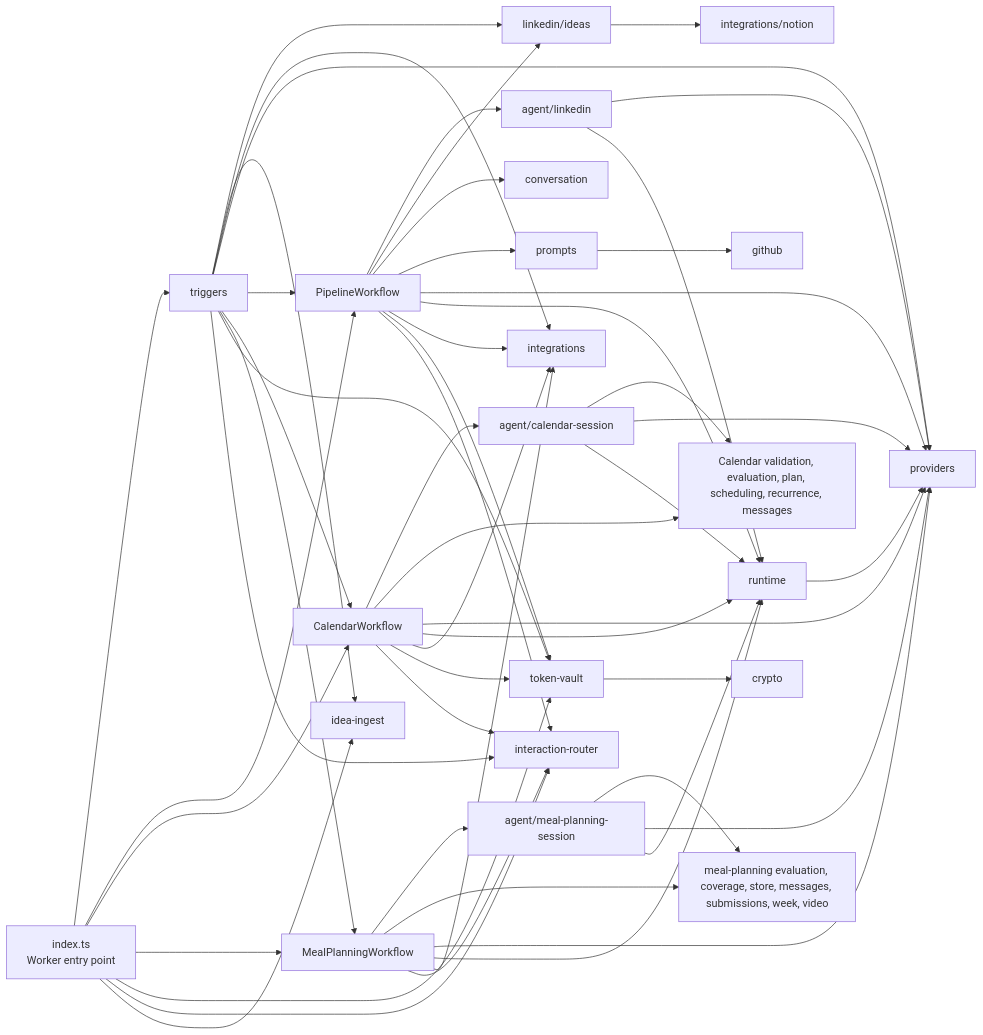
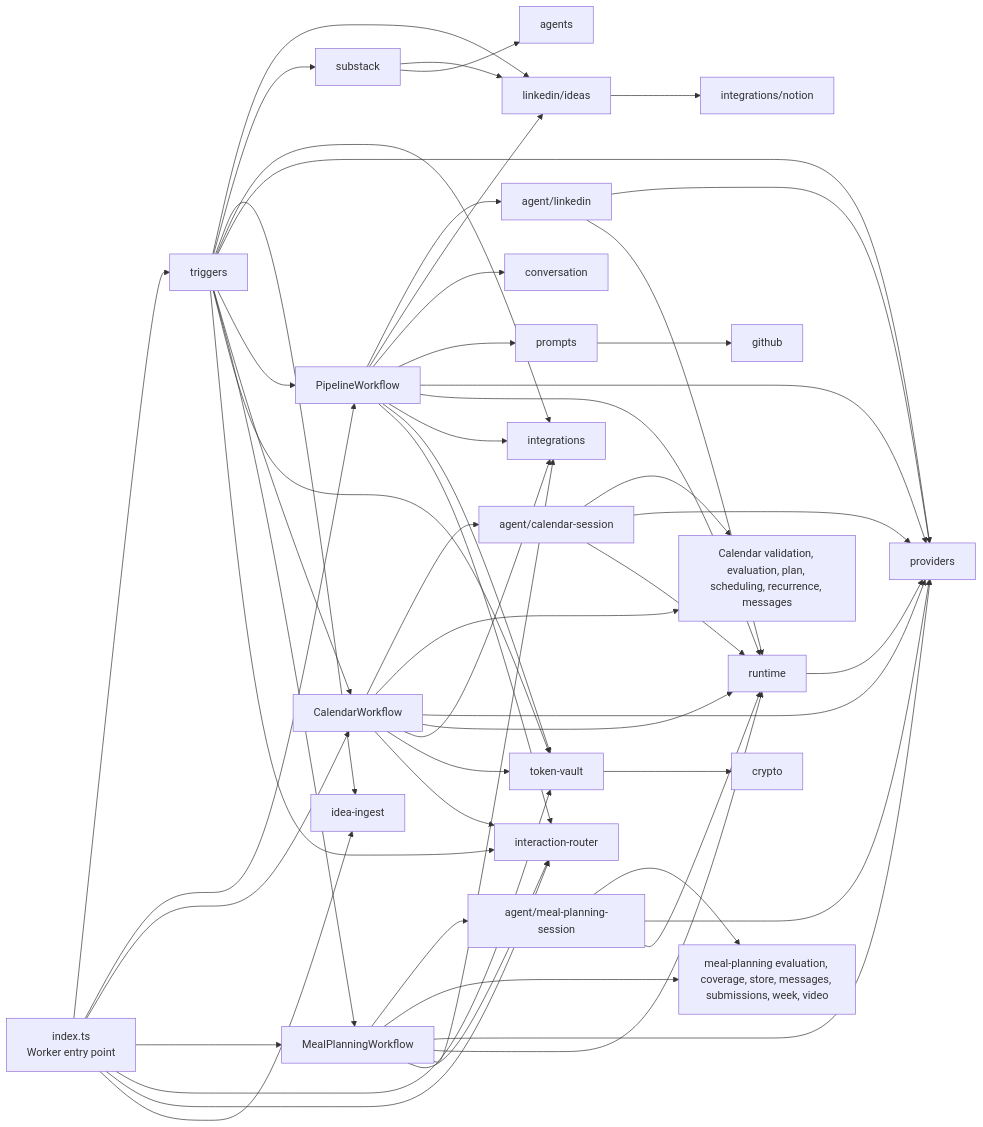
Before and after one commit to satwikhebbar/kipp: the diagram in docs/architecture/modules.md, drawn with Mermaid. The commit also changed other lines of this file and 5 other files, not shown here.

Commit message:
docs: record Substack architecture decisions

````diff
--- a/docs/architecture/modules.md
+++ b/docs/architecture/modules.md
@@ -9,58 +9,61 @@
 ```mermaid
 flowchart LR
   entry["index.ts\nWorker entry point"] --> triggers["triggers"]
   entry --> linkedin_workflow["PipelineWorkflow"]
   entry --> calendar_workflow["CalendarWorkflow"]
   entry --> meal_workflow["MealPlanningWorkflow"]
   entry --> vault["token-vault"]
   entry --> router["interaction-router"]
   entry --> ingest["idea-ingest"]
 
   triggers --> ideas["linkedin/ideas"]
+  triggers --> substack["substack"]
   triggers --> ingest
   triggers --> integrations["integrations"]
   triggers --> providers["providers"]
   triggers --> linkedin_workflow
   triggers --> calendar_workflow
   triggers --> meal_workflow
   triggers --> vault
   triggers --> router
 
   linkedin_workflow --> linkedin_agent["agent/linkedin"]
   linkedin_workflow --> ideas
   linkedin_workflow --> conversation["conversation"]
   linkedin_workflow --> prompts["prompts"]
   linkedin_workflow --> providers
   linkedin_workflow --> runtime["runtime"]
   linkedin_workflow --> integrations
   linkedin_workflow --> vault
   linkedin_workflow --> router
 
   calendar_workflow --> calendar_agent["agent/calendar-session"]
   calendar_workflow --> calendar_domain["Calendar validation, evaluation, plan, scheduling, recurrence, messages"]
   calendar_workflow --> providers
   calendar_workflow --> runtime
   calendar_workflow --> integrations
   calendar_workflow --> vault
   calendar_workflow --> router
 
   meal_workflow --> meal_agent["agent/meal-planning-session"]
   meal_workflow --> meal_domain["meal-planning evaluation, coverage, store, messages, submissions, week, video"]
   meal_workflow --> providers
   meal_workflow --> runtime
   meal_workflow --> integrations
   meal_workflow --> router
 
   ideas --> notion["integrations/notion"]
+  substack --> ideas
+  substack --> agents
   prompts --> github
   linkedin_agent --> providers
   linkedin_agent --> runtime
   calendar_agent --> calendar_domain
   calendar_agent --> providers
   calendar_agent --> runtime
   meal_agent --> meal_domain
   meal_agent --> providers
   meal_agent --> runtime
   runtime --> providers
   vault --> crypto["crypto"]
 ```
````
